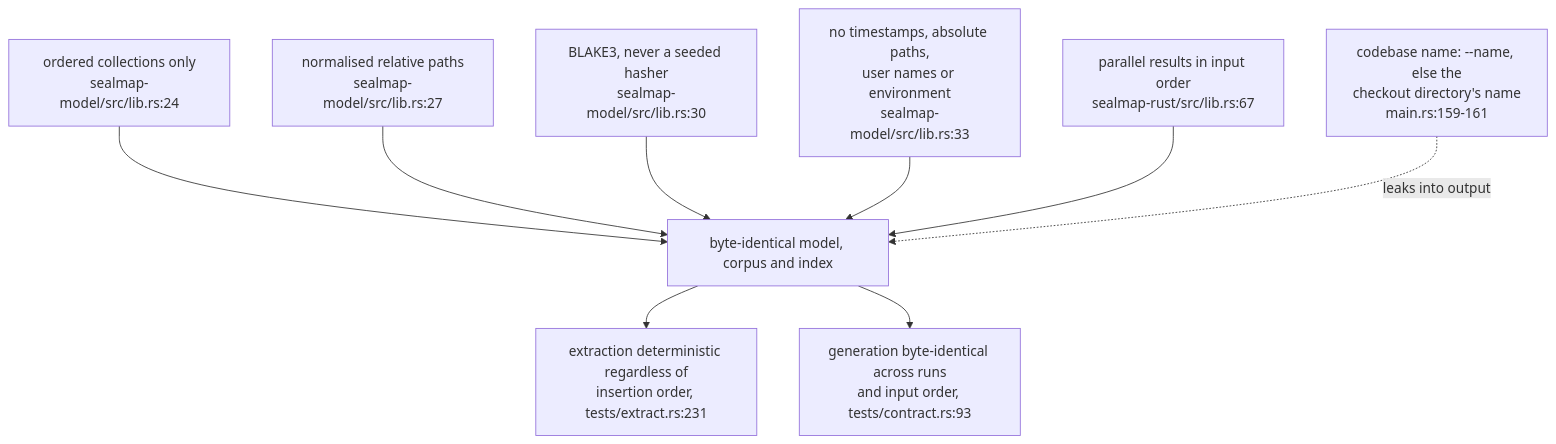
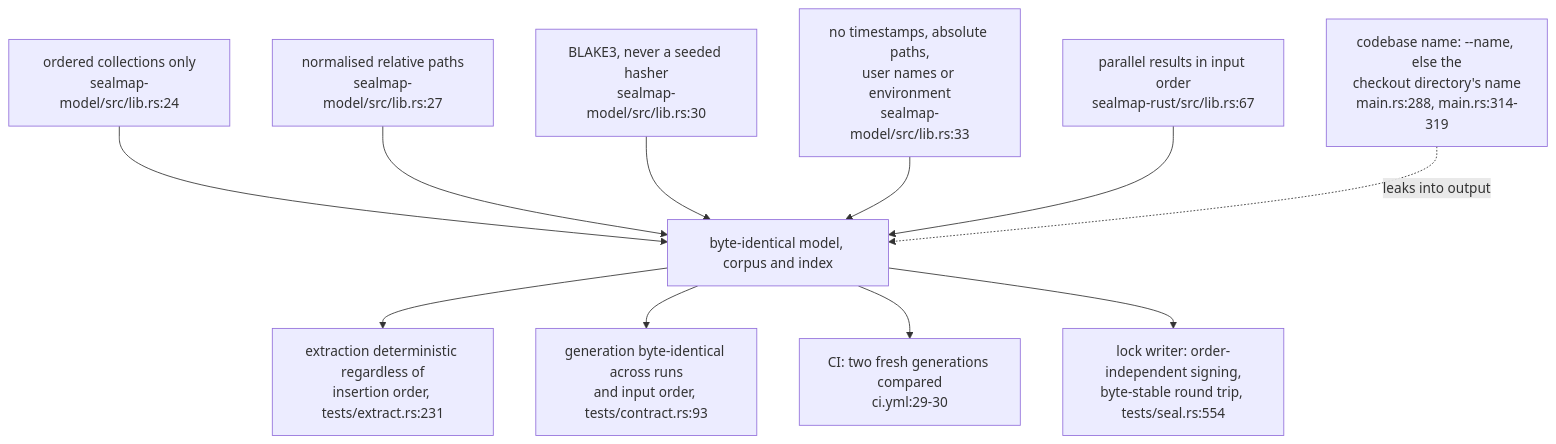
Before and after one commit to DreamLab-AI/codemaid: the third of 5 diagrams in docs/diagrams/delivery/01-ci-msrv-and-determinism.md, drawn with Mermaid. The commit also changed other lines of this file and 22 other files, not shown here.

First line of the commit message:
docs(diagrams): COR-04 and COR-05 for the seal surface; re-stamp every topic at ae478d9

````diff
--- a/docs/diagrams/delivery/01-ci-msrv-and-determinism.md
+++ b/docs/diagrams/delivery/01-ci-msrv-and-determinism.md
@@ -128,20 +146,24 @@
 ```mermaid
 flowchart TB
     O["ordered collections only<br/>sealmap-model/src/lib.rs:24"]
     P["normalised relative paths<br/>sealmap-model/src/lib.rs:27"]
     H["BLAKE3, never a seeded hasher<br/>sealmap-model/src/lib.rs:30"]
     A["no timestamps, absolute paths,<br/>user names or environment<br/>sealmap-model/src/lib.rs:33"]
     PO["parallel results in input order<br/>sealmap-rust/src/lib.rs:67"]
     BY["byte-identical model, corpus and index"]
     T1["extraction deterministic regardless of<br/>insertion order, tests/extract.rs:231"]
     T2["generation byte-identical across runs<br/>and input order, tests/contract.rs:93"]
-    NM["codebase name: --name, else the<br/>checkout directory's name<br/>main.rs:159-161"]
+    T3["CI: two fresh generations compared<br/>ci.yml:29-30"]
+    T4["lock writer: order-independent signing,<br/>byte-stable round trip, tests/seal.rs:554"]
+    NM["codebase name: --name, else the<br/>checkout directory's name<br/>main.rs:288, main.rs:314-319"]
     O --> BY
     P --> BY
     H --> BY
     A --> BY
     PO --> BY
     BY --> T1
     BY --> T2
+    BY --> T3
+    BY --> T4
     NM -.->|leaks into output| BY
 ```
````
